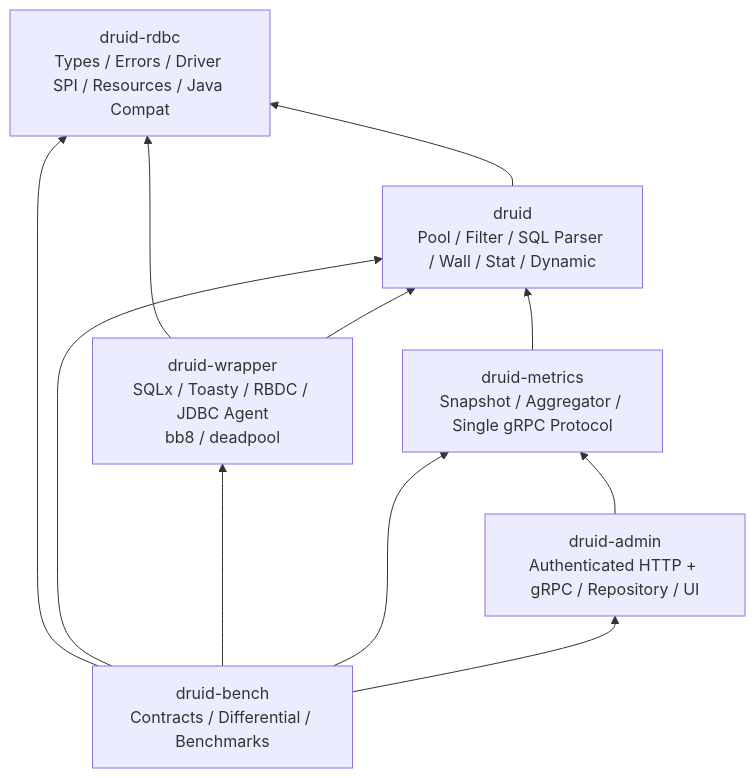
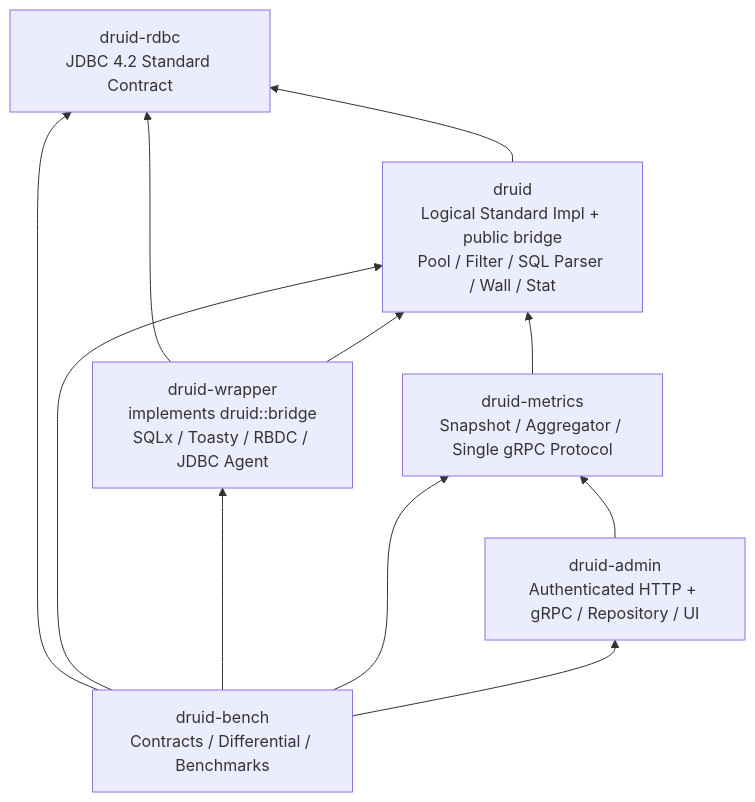
Before and after one commit to easy-4-rust/druid-rust: the diagram in docs/superpowers/specs/2026-08-21-rdbc-first-five-crate-architecture.md, drawn with Mermaid. The commit also changed other lines of this file and 9 other files, not shown here.

Commit message:
docs(rdbc): separate JDBC standard and physical bridge

````diff
--- a/docs/superpowers/specs/2026-08-21-rdbc-first-five-crate-architecture.md
+++ b/docs/superpowers/specs/2026-08-21-rdbc-first-five-crate-architecture.md
@@ -72,20 +72,20 @@
 ```mermaid
 flowchart BT
-    RDBC["druid-rdbc<br/>Types / Errors / Driver SPI / Resources / Java Compat"]
-    DRUID["druid<br/>Pool / Filter / SQL Parser / Wall / Stat / Dynamic"]
-    WRAPPER["druid-wrapper<br/>SQLx / Toasty / RBDC / JDBC Agent<br/>bb8 / deadpool"]
+    RDBC["druid-rdbc<br/>JDBC 4.2 Standard Contract"]
+    DRUID["druid<br/>Logical Standard Impl + public bridge<br/>Pool / Filter / SQL Parser / Wall / Stat"]
+    WRAPPER["druid-wrapper<br/>implements druid::bridge<br/>SQLx / Toasty / RBDC / JDBC Agent"]
     METRICS["druid-metrics<br/>Snapshot / Aggregator / Single gRPC Protocol"]
     ADMIN["druid-admin<br/>Authenticated HTTP + gRPC / Repository / UI"]
     BENCH["druid-bench<br/>Contracts / Differential / Benchmarks"]
 
     DRUID --> RDBC
     WRAPPER --> RDBC
     WRAPPER --> DRUID
     METRICS --> DRUID
     ADMIN --> METRICS
     BENCH --> RDBC
     BENCH --> DRUID
     BENCH --> WRAPPER
     BENCH --> METRICS
     BENCH --> ADMIN
 ```
````
